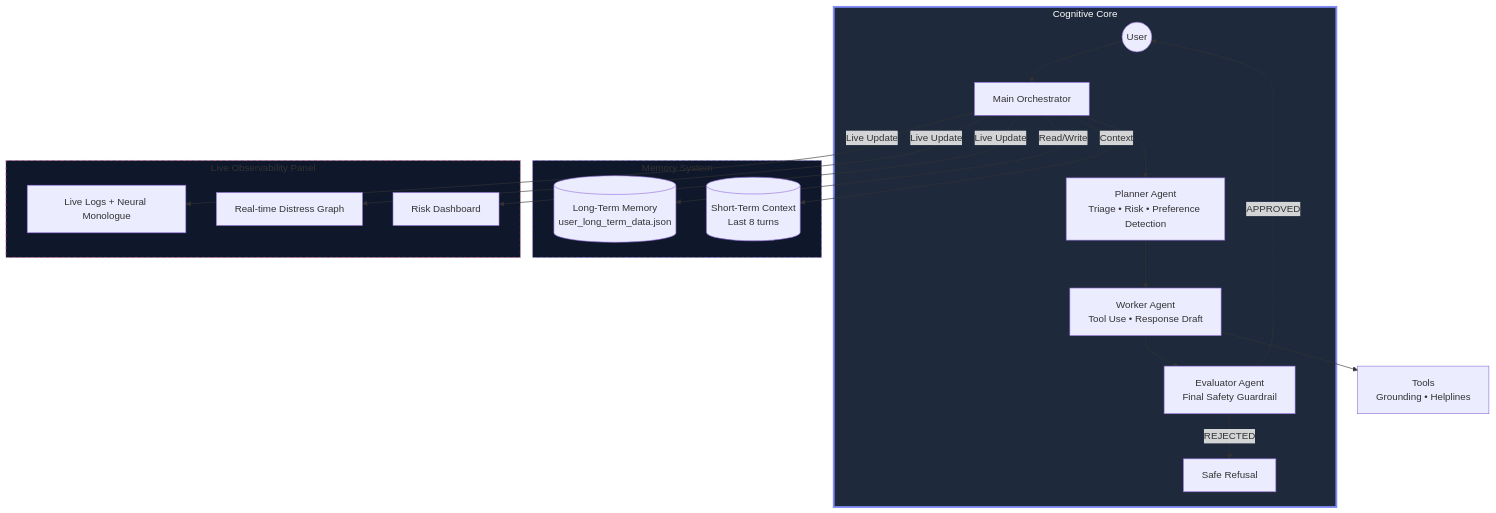
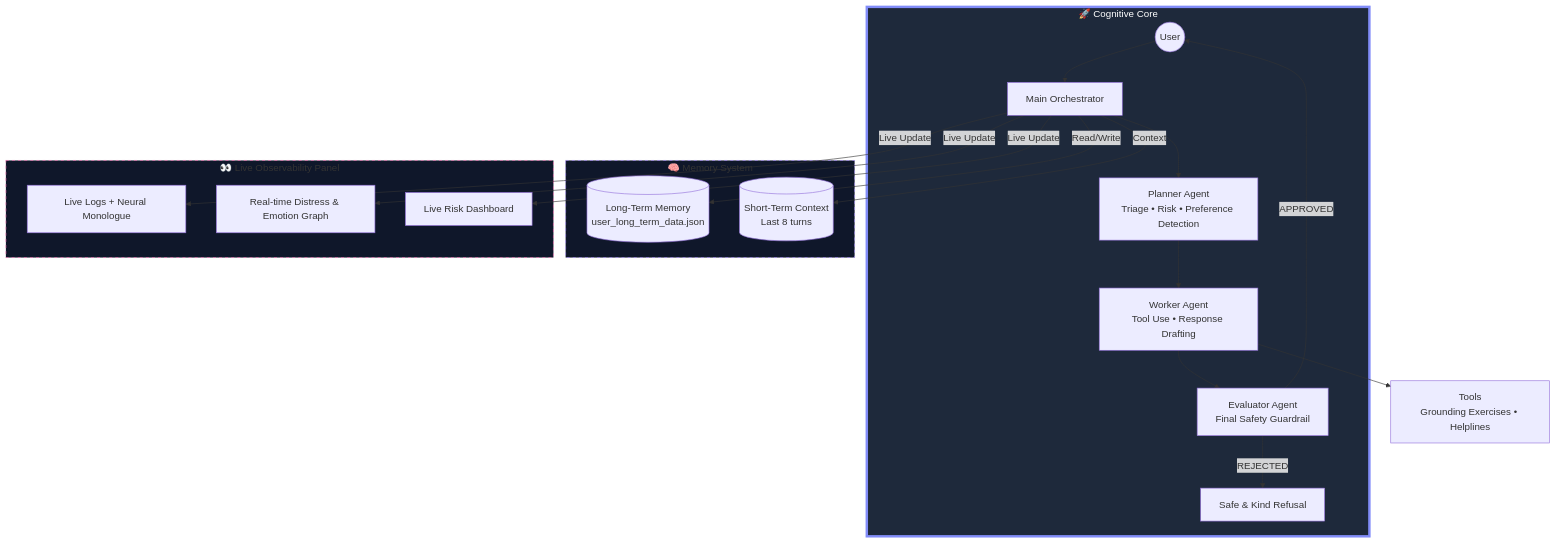
The first of 2 diagrams in README.md (anshumehta12/kaggle-capstone-ai-agent), drawn with Mermaid before and after one commit. The commit also changed other lines of this file and 1 other file, not shown here.

````diff
--- a/README.md
+++ b/README.md
@@ -36,35 +40,29 @@
 ```mermaid
 graph TD
     User((User)) --> Orchestrator[Main Orchestrator]
-
-    subgraph Cognitive_Core ["Cognitive Core"]
+    subgraph Cognitive_Core ["🚀 Cognitive Core"]
         Orchestrator --> Planner[Planner Agent<br/>Triage • Risk • Preference Detection]
-        Planner --> Worker[Worker Agent<br/>Tool Use • Response Draft]
+        Planner --> Worker[Worker Agent<br/>Tool Use • Response Drafting]
         Worker --> Evaluator[Evaluator Agent<br/>Final Safety Guardrail]
         Evaluator -->|APPROVED| User
-        Evaluator -->|REJECTED| Refusal[Safe Refusal]
+        Evaluator -->|REJECTED| Refusal[Safe & Kind Refusal]
     end
-
-    subgraph Memory ["Memory System"]
+    subgraph Memory ["🧠 Memory System"]
         LTM[(Long-Term Memory<br/>user_long_term_data.json)]
         STM[(Short-Term Context<br/>Last 8 turns)]
     end
-
-    subgraph Observability ["Live Observability Panel"]
+    subgraph Observability ["👀 Live Observability Panel"]
         Logs[Live Logs + Neural Monologue]
-        Graph[Real-time Distress Graph]
-        Risk[Risk Dashboard]
+        Graph[Real-time Distress & Emotion Graph]
+        Risk[Live Risk Dashboard]
     end
-
     Orchestrator -->|Read/Write| LTM
     Orchestrator -->|Context| STM
     Orchestrator -->|Live Update| Logs
     Orchestrator -->|Live Update| Graph
     Orchestrator -->|Live Update| Risk
-
-    Worker --> Tools[Tools<br/>Grounding • Helplines]
-
-    style Cognitive_Core fill:#1e293b,stroke:#818cf8,stroke-width:3px,color:white
+    Worker --> Tools[Tools<br/>Grounding Exercises • Helplines]
+    style Cognitive_Core fill:#1e293b,stroke:#818cf8,stroke-width:4px,color:white
     style Memory fill:#0f172a,stroke:#a78bfa,stroke-dasharray: 5 5
     style Observability fill:#0f172a,stroke:#f472b6,stroke-dasharray: 5 5
 ```
````
